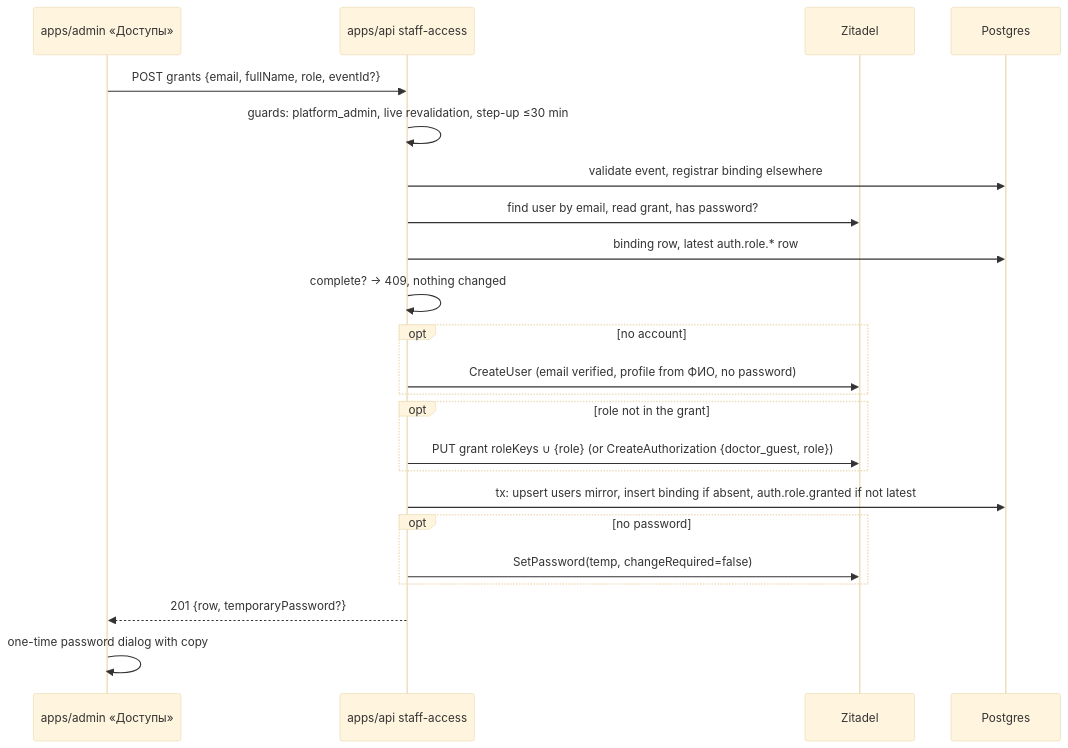
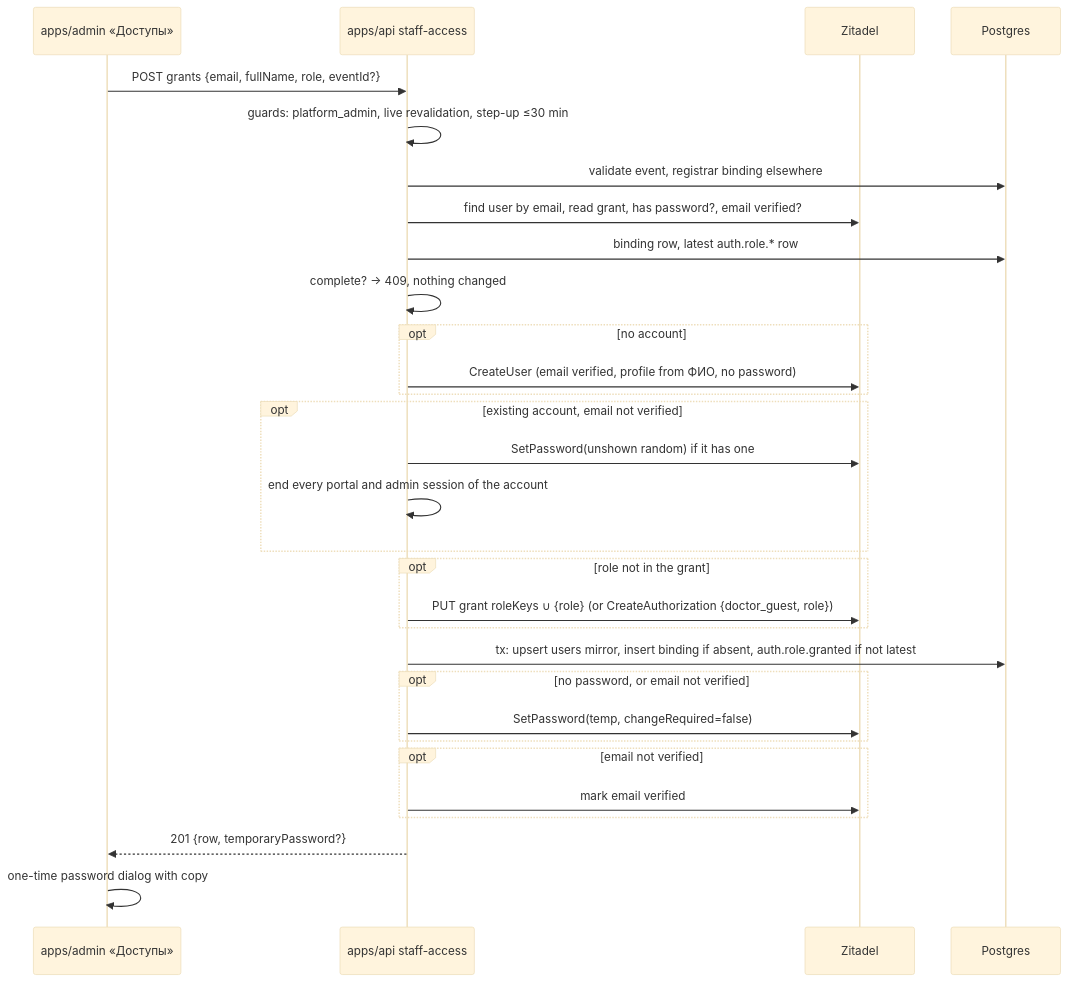
One commit to doctor-school/ds-platform changed the diagram in apps/docs/content/specs/features/047-staff-access/047-design.md. Above: the diagram before and after it, drawn with Mermaid (base theme). The commit also changed other lines of this file and 47 other files, not shown here.

````diff
--- a/apps/docs/content/specs/features/047-staff-access/047-design.md
+++ b/apps/docs/content/specs/features/047-staff-access/047-design.md
@@ -54,25 +54,32 @@
 ```mermaid
 sequenceDiagram
     participant UI as apps/admin «Доступы»
     participant API as apps/api staff-access
     participant IdP as Zitadel
     participant DB as Postgres
     UI->>API: POST grants {email, fullName, role, eventId?}
     API->>API: guards: platform_admin, live revalidation, step-up ≤30 min
     API->>DB: validate event, registrar binding elsewhere
-    API->>IdP: find user by email, read grant, has password?
+    API->>IdP: find user by email, read grant, has password?, email verified?
     API->>DB: binding row, latest auth.role.* row
     API->>API: complete? → 409, nothing changed
     opt no account
         API->>IdP: CreateUser (email verified, profile from ФИО, no password)
     end
+    opt existing account, email not verified
+        API->>IdP: SetPassword(unshown random) if it has one
+        API->>API: end every portal and admin session of the account
+    end
     opt role not in the grant
         API->>IdP: PUT grant roleKeys ∪ {role} (or CreateAuthorization {doctor_guest, role})
     end
     API->>DB: tx: upsert users mirror, insert binding if absent, auth.role.granted if not latest
-    opt no password
+    opt no password, or email not verified
         API->>IdP: SetPassword(temp, changeRequired=false)
+    end
+    opt email not verified
+        API->>IdP: mark email verified
     end
     API-->>UI: 201 {row, temporaryPassword?}
     UI->>UI: one-time password dialog with copy
 ```
````
